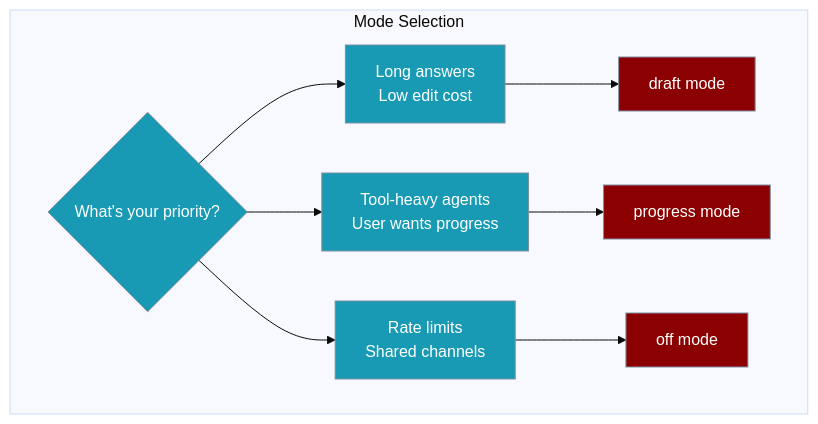
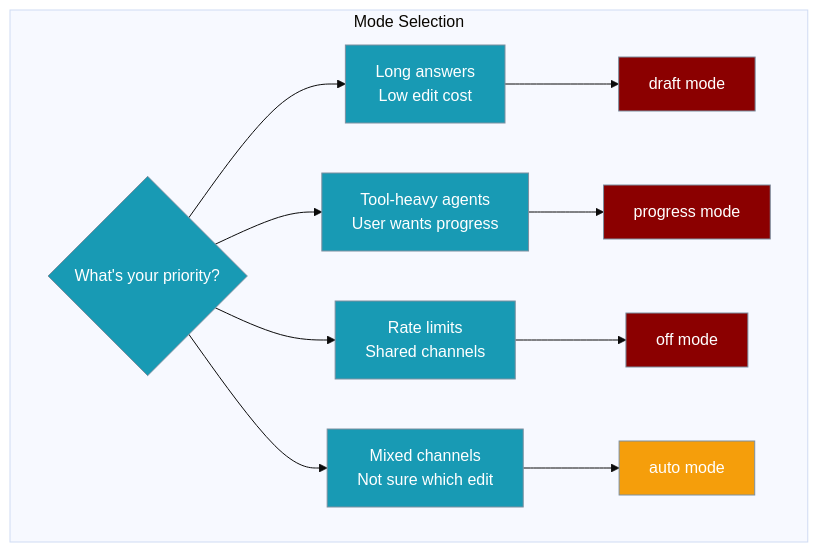
One commit to MervinPraison/PraisonAIDocs changed the fourth of 11 diagrams in docs/features/bot-streaming-replies.mdx. Above: the diagram before and after it, drawn with Mermaid (base theme). The commit also changed other lines of this file, not shown here.

Commit message:
docs: document new streaming auto mode in bot-streaming-replies (fixes #2130)

````diff
--- a/docs/features/bot-streaming-replies.mdx
+++ b/docs/features/bot-streaming-replies.mdx
@@ -183,18 +183,22 @@
 ```mermaid
 graph TB
     subgraph "Mode Selection"
         A{What's your priority?} --> B[Long answers<br/>Low edit cost]
         A --> C[Tool-heavy agents<br/>User wants progress]
         A --> D[Rate limits<br/>Shared channels]
-        
+        A --> H[Mixed channels<br/>Not sure which edit]
+
         B --> E[draft mode]
         C --> F[progress mode]
         D --> G[off mode]
+        H --> I[auto mode]
     end
     
     classDef mode fill:#8B0000,stroke:#7C90A0,color:#fff
     classDef choice fill:#189AB4,stroke:#7C90A0,color:#fff
-    
+    classDef auto fill:#F59E0B,stroke:#7C90A0,color:#fff
+
     class E,F,G mode
-    class A,B,C,D choice
+    class A,B,C,D,H choice
+    class I auto
 ```
````
